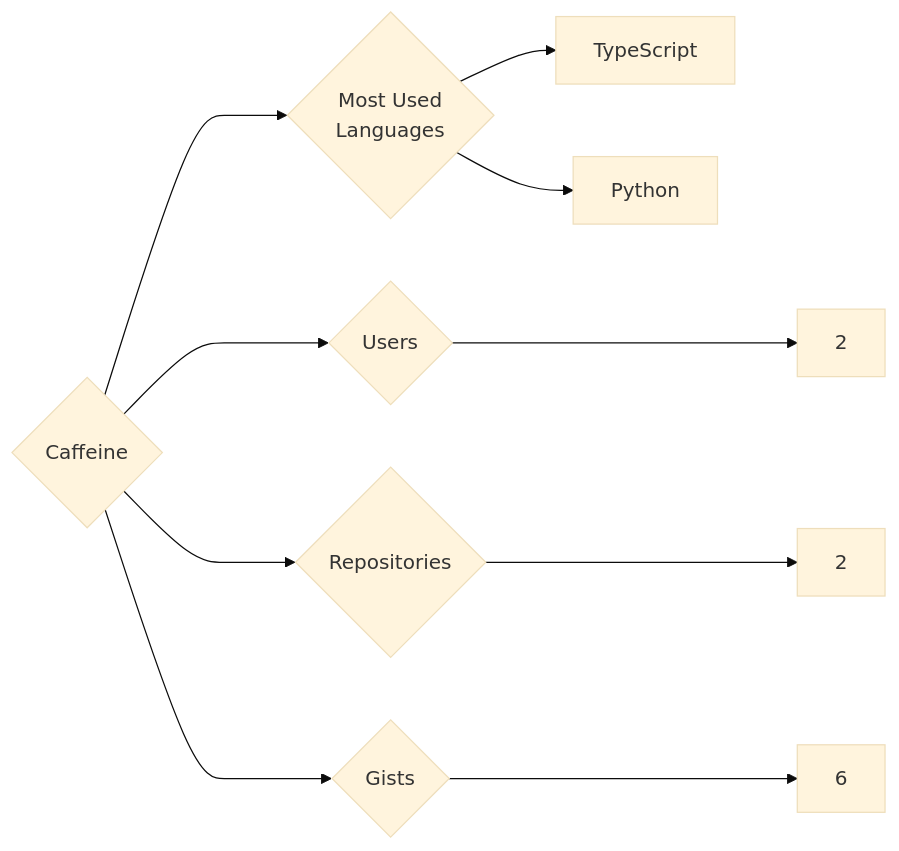
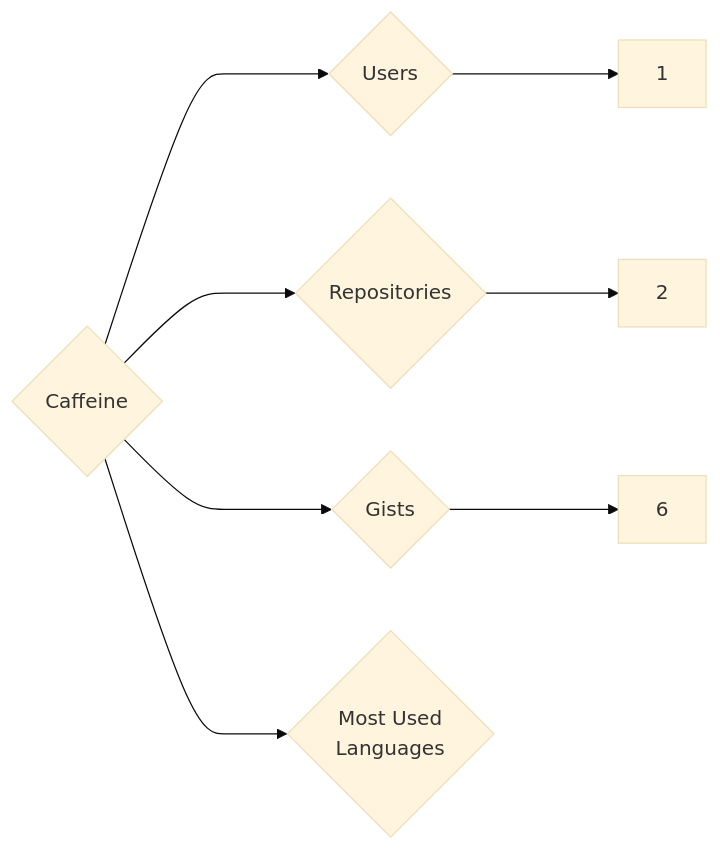
One commit to trickest/insiders changed the diagram in targets/Caffeine/README.md. Above: the diagram before and after it, drawn with Mermaid (base theme). The commit also changed 1166 other files, not shown here.

````diff
--- a/targets/Caffeine/README.md
+++ b/targets/Caffeine/README.md
@@ -3,10 +3,8 @@
 ```mermaid
 graph LR
 COMPANY_NAME{Caffeine}
-COMPANY_NAME ---> U{Users} ---> UN[2]
+COMPANY_NAME ---> U{Users} ---> UN[1]
 COMPANY_NAME ---> R{Repositories} ---> RN[2]
 COMPANY_NAME ---> G{Gists} ---> GN[6]
 COMPANY_NAME ---> ML{Most Used<br>Languages}
-ML --> TypeScript[TypeScript]
-ML --> Python[Python]
 ```
````
